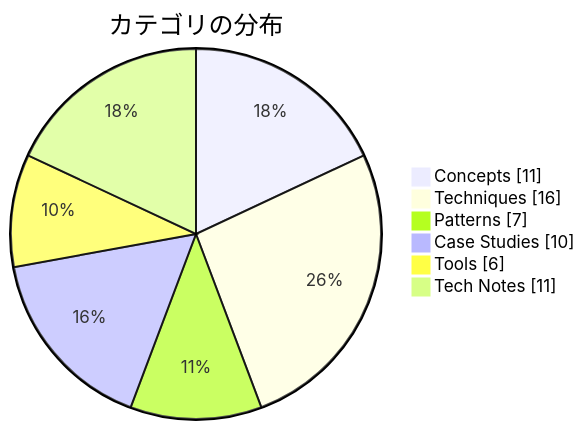
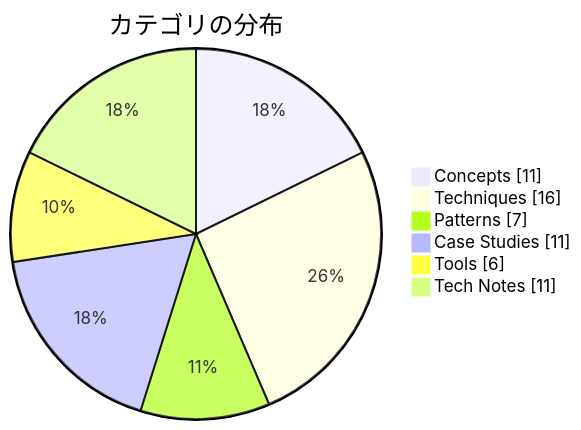
One commit to dinekt/dinekt-wiki changed the second of 2 diagrams in docs/index.md. Above: the diagram before and after it, drawn with Mermaid. The commit also changed other lines of this file and 4 other files, not shown here.

````diff
--- a/docs/index.md
+++ b/docs/index.md
@@ -37,9 +37,9 @@
 ```mermaid
 pie showData title カテゴリの分布
     "Concepts" : 11
     "Techniques" : 16
     "Patterns" : 7
-    "Case Studies" : 10
+    "Case Studies" : 11
     "Tools" : 6
     "Tech Notes" : 11
 ```
````
